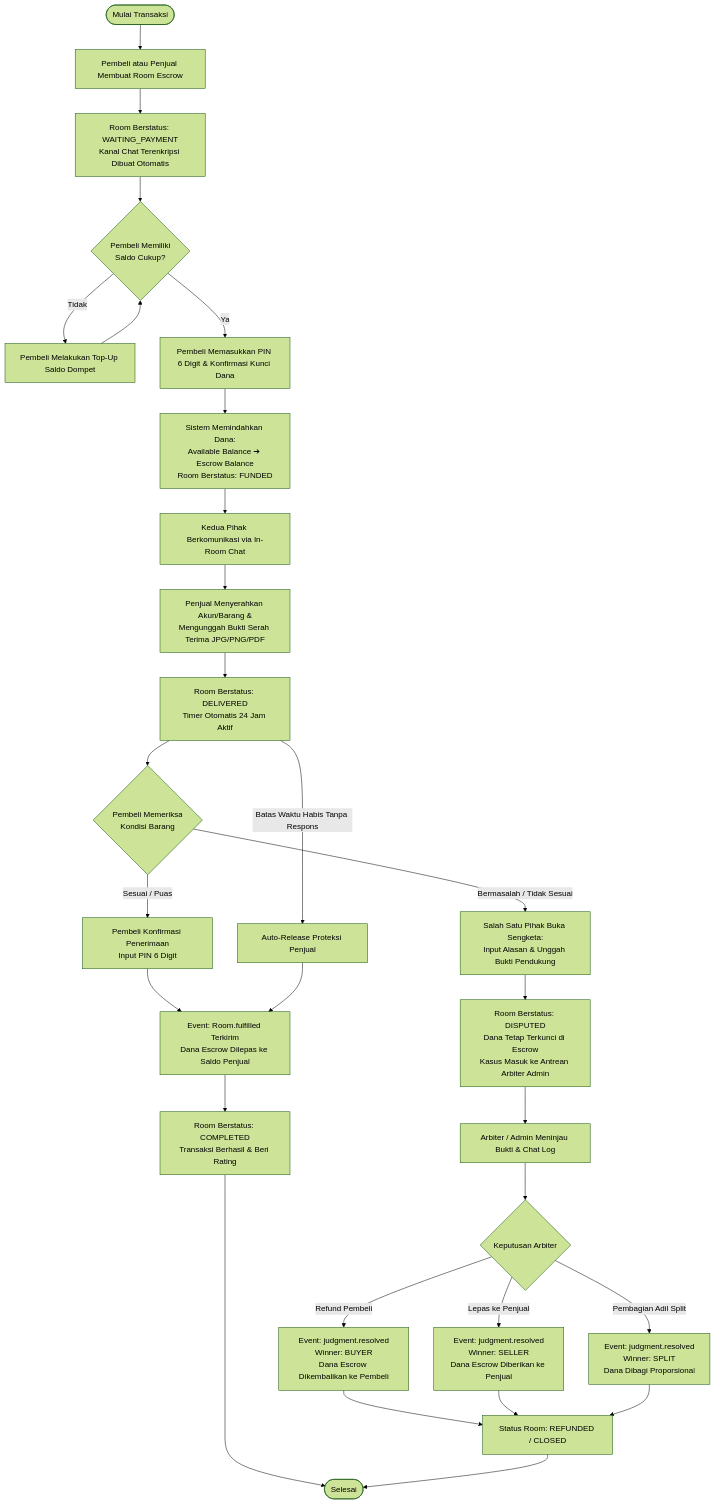
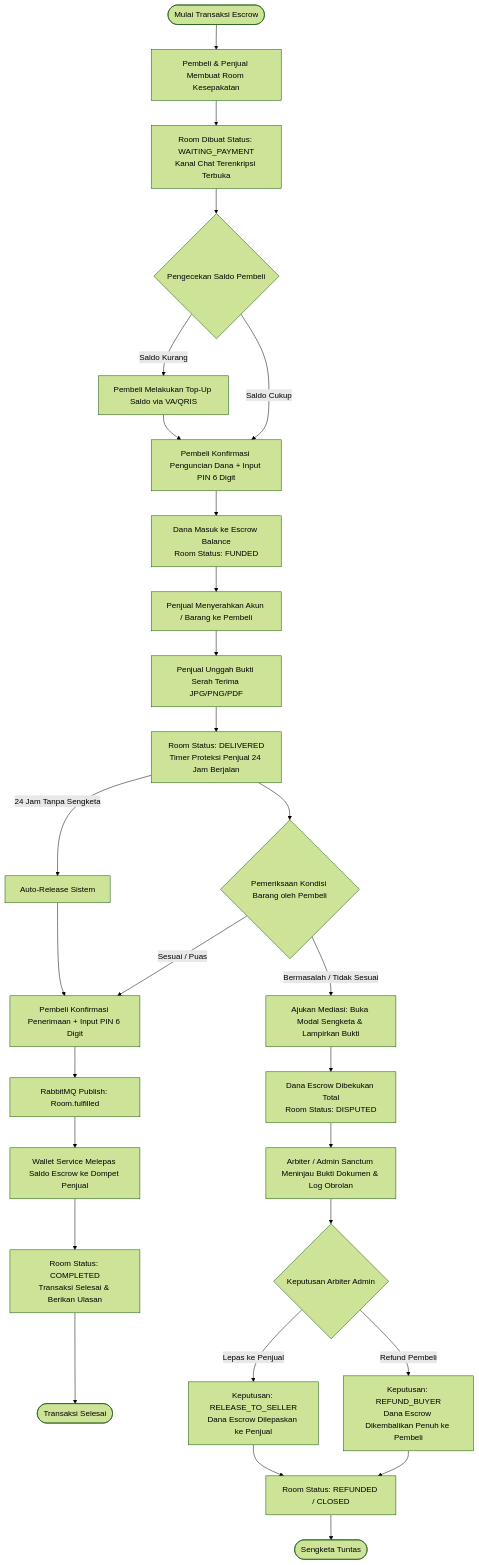
The second of 5 diagrams in Docs/07-flowchart-system.md (RichkyRahmadan/Eyes-Of-Priestess-V2), drawn with Mermaid (forest theme) before and after one commit. The commit also changed other lines of this file and 1 other file, not shown here.

Commit message:
docs: regenerate Mermaid flowcharts with strict single-direction zero-crossing layout

````diff
--- a/Docs/07-flowchart-system.md
+++ b/Docs/07-flowchart-system.md
@@ -86,44 +77,43 @@
 ```mermaid
 flowchart TD
-    START([Mulai Transaksi]) --> CREATE[Pembeli atau Penjual Membuat Room Escrow]
-    CREATE --> ROOM_INIT[Room Berstatus: WAITING_PAYMENT<br/>Kanal Chat Terenkripsi Dibuat Otomatis]
+    START([Mulai Transaksi Escrow]) --> CREATE[Pembeli & Penjual Membuat Room Kesepakatan]
+    CREATE --> WAITING[Room Dibuat Status: WAITING_PAYMENT<br/>Kanal Chat Terenkripsi Terbuka]
     
-    ROOM_INIT --> CHECK_BUYER{Pembeli Memiliki<br/>Saldo Cukup?}
-    CHECK_BUYER -- Tidak --> TOPUP_ACTION[Pembeli Melakukan Top-Up Saldo Dompet]
-    TOPUP_ACTION --> CHECK_BUYER
-    CHECK_BUYER -- Ya --> FUND[Pembeli Memasukkan PIN 6 Digit & Konfirmasi Kunci Dana]
+    WAITING --> CHECK_SALDO{Pengecekan Saldo Pembeli}
+    CHECK_SALDO -- Saldo Cukup --> FUND_ACTION[Pembeli Konfirmasi Penguncian Dana + Input PIN 6 Digit]
+    CHECK_SALDO -- Saldo Kurang --> TOPUP_ACTION[Pembeli Melakukan Top-Up Saldo via VA/QRIS]
+    TOPUP_ACTION --> FUND_ACTION
 
-    FUND --> LOCK_BALANCE[Sistem Memindahkan Dana:<br/>Available Balance ➔ Escrow Balance<br/>Room Berstatus: FUNDED]
+    FUND_ACTION --> FUNDED_STATE[Dana Masuk ke Escrow Balance<br/>Room Status: FUNDED]
+    
+    FUNDED_STATE --> SELLER_SEND[Penjual Menyerahkan Akun / Barang ke Pembeli]
+    SELLER_SEND --> UPLOAD_PROOF[Penjual Unggah Bukti Serah Terima JPG/PNG/PDF]
+    
+    UPLOAD_PROOF --> DELIVERED_STATE[Room Status: DELIVERED<br/>Timer Proteksi Penjual 24 Jam Berjalan]
 
-    LOCK_BALANCE --> CHAT_COMMUNICATION[Kedua Pihak Berkomunikasi via In-Room Chat]
-    CHAT_COMMUNICATION --> SELLER_DELIVER[Penjual Menyerahkan Akun/Barang &<br/>Mengunggah Bukti Serah Terima JPG/PNG/PDF]
+    DELIVERED_STATE --> BUYER_CHECK{Pemeriksaan Kondisi Barang oleh Pembeli}
+
+    %% Cabang 1: Transaksi Normal (Puas)
+    BUYER_CHECK -- Sesuai / Puas --> CONFIRM_ACTION[Pembeli Konfirmasi Penerimaan + Input PIN 6 Digit]
+    DELIVERED_STATE -- 24 Jam Tanpa Sengketa --> AUTO_RELEASE[Auto-Release Sistem]
+    AUTO_RELEASE --> CONFIRM_ACTION
+
+    CONFIRM_ACTION --> EVENT_FULFILLED[RabbitMQ Publish: Room.fulfilled]
+    EVENT_FULFILLED --> RELEASE_PAYOUT[Wallet Service Melepas Saldo Escrow ke Dompet Penjual]
+    RELEASE_PAYOUT --> COMPLETED_STATE[Room Status: COMPLETED<br/>Transaksi Selesai & Berikan Ulasan]
+    COMPLETED_STATE --> END_SUCCESS([Transaksi Selesai])
+
+    %% Cabang 2: Pengajuan Sengketa
+    BUYER_CHECK -- Bermasalah / Tidak Sesuai --> DISPUTE_ACTION[Ajukan Mediasi: Buka Modal Sengketa & Lampirkan Bukti]
+    DISPUTE_ACTION --> DISPUTED_STATE[Dana Escrow Dibekukan Total<br/>Room Status: DISPUTED]
     
-    SELLER_DELIVER --> DELIVERED[Room Berstatus: DELIVERED<br/>Timer Otomatis 24 Jam Aktif]
+    DISPUTED_STATE --> ARBITER_REVIEW[Arbiter / Admin Sanctum Meninjau Bukti Dokumen & Log Obrolan]
+    ARBITER_REVIEW --> JUDGMENT_CHOICE{Keputusan Arbiter Admin}
 
-    DELIVERED --> BUYER_INSPECT{Pembeli Memeriksa<br/>Kondisi Barang}
+    JUDGMENT_CHOICE -- Refund Pembeli --> RESOLVE_BUYER[Keputusan: REFUND_BUYER<br/>Dana Escrow Dikembalikan Penuh ke Pembeli]
+    JUDGMENT_CHOICE -- Lepas ke Penjual --> RESOLVE_SELLER[Keputusan: RELEASE_TO_SELLER<br/>Dana Escrow Dilepaskan ke Penjual]
 
-    %% Happy Path
-    BUYER_INSPECT -- Sesuai / Puas --> BUYER_CONFIRM[Pembeli Konfirmasi Penerimaan<br/>Input PIN 6 Digit]
-    BUYER_CONFIRM --> RELEASE_FUNDS[Event: Room.fulfilled Terkirim<br/>Dana Escrow Dilepas ke Saldo Penjual]
-    RELEASE_FUNDS --> COMPLETED[Room Berstatus: COMPLETED<br/>Transaksi Berhasil & Beri Rating]
-    COMPLETED --> FINISH([Selesai])
-
-    %% Dispute Path
-    BUYER_INSPECT -- Bermasalah / Tidak Sesuai --> OPEN_DISPUTE[Salah Satu Pihak Buka Sengketa:<br/>Input Alasan & Unggah Bukti Pendukung]
-    DELIVERED -- Batas Waktu Habis Tanpa Respons --> AUTO_RELEASE[Auto-Release Proteksi Penjual]
-    AUTO_RELEASE --> RELEASE_FUNDS
-
-    OPEN_DISPUTE --> DISPUTED[Room Berstatus: DISPUTED<br/>Dana Tetap Terkunci di Escrow<br/>Kasus Masuk ke Antrean Arbiter Admin]
-
-    DISPUTED --> ARBITRATION[Arbiter / Admin Meninjau Bukti & Chat Log]
-    ARBITRATION --> DECISION{Keputusan Arbiter}
-
-    DECISION -- Refund Pembeli --> REFUND_ACTION[Event: judgment.resolved<br/>Winner: BUYER<br/>Dana Escrow Dikembalikan ke Pembeli]
-    DECISION -- Lepas ke Penjual --> RELEASE_ACTION[Event: judgment.resolved<br/>Winner: SELLER<br/>Dana Escrow Diberikan ke Penjual]
-    DECISION -- Pembagian Adil Split --> SPLIT_ACTION[Event: judgment.resolved<br/>Winner: SPLIT<br/>Dana Dibagi Proporsional]
-
-    REFUND_ACTION --> RESOLVED_CLOSE[Status Room: REFUNDED / CLOSED]
-    RELEASE_ACTION --> RESOLVED_CLOSE
-    SPLIT_ACTION --> RESOLVED_CLOSE
-    RESOLVED_CLOSE --> FINISH
+    RESOLVE_BUYER --> CLOSED_STATE[Room Status: REFUNDED / CLOSED]
+    RESOLVE_SELLER --> CLOSED_STATE
+    CLOSED_STATE --> END_DISPUTE([Sengketa Tuntas])
 ```
````
